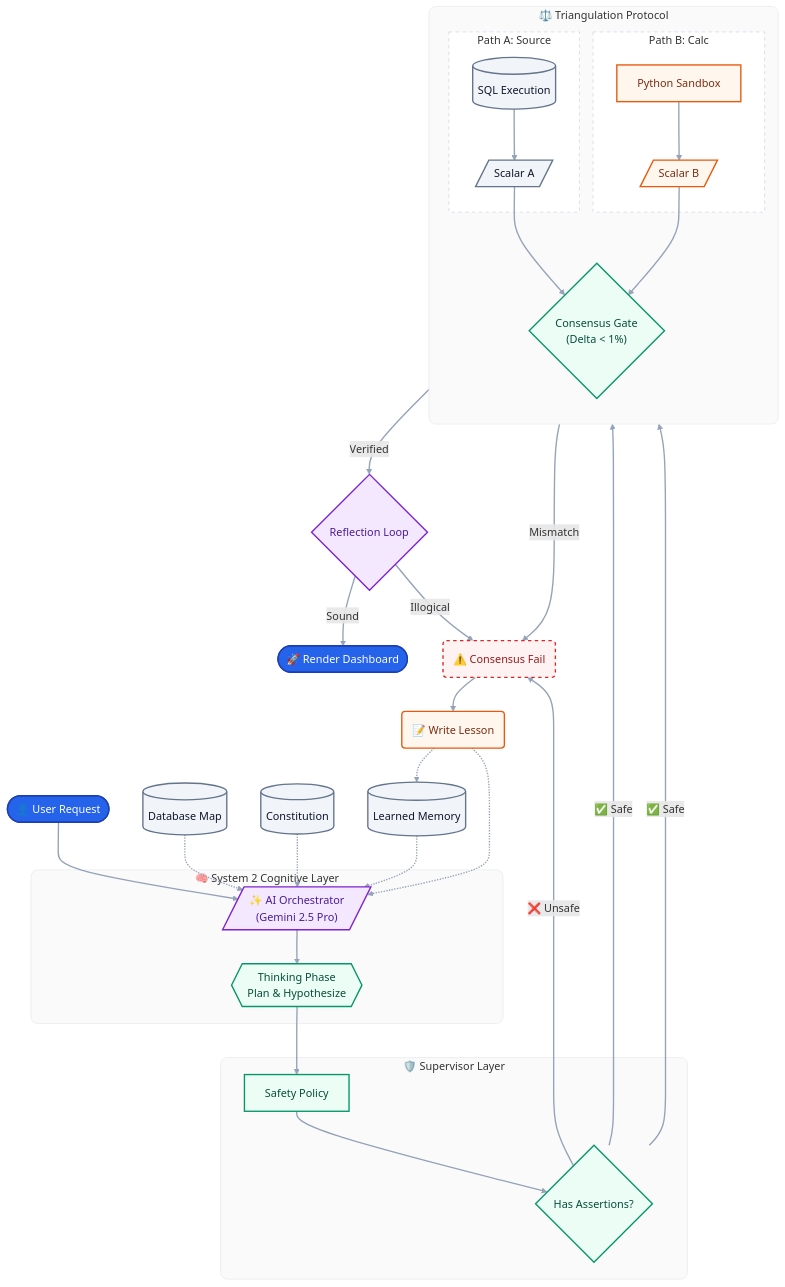
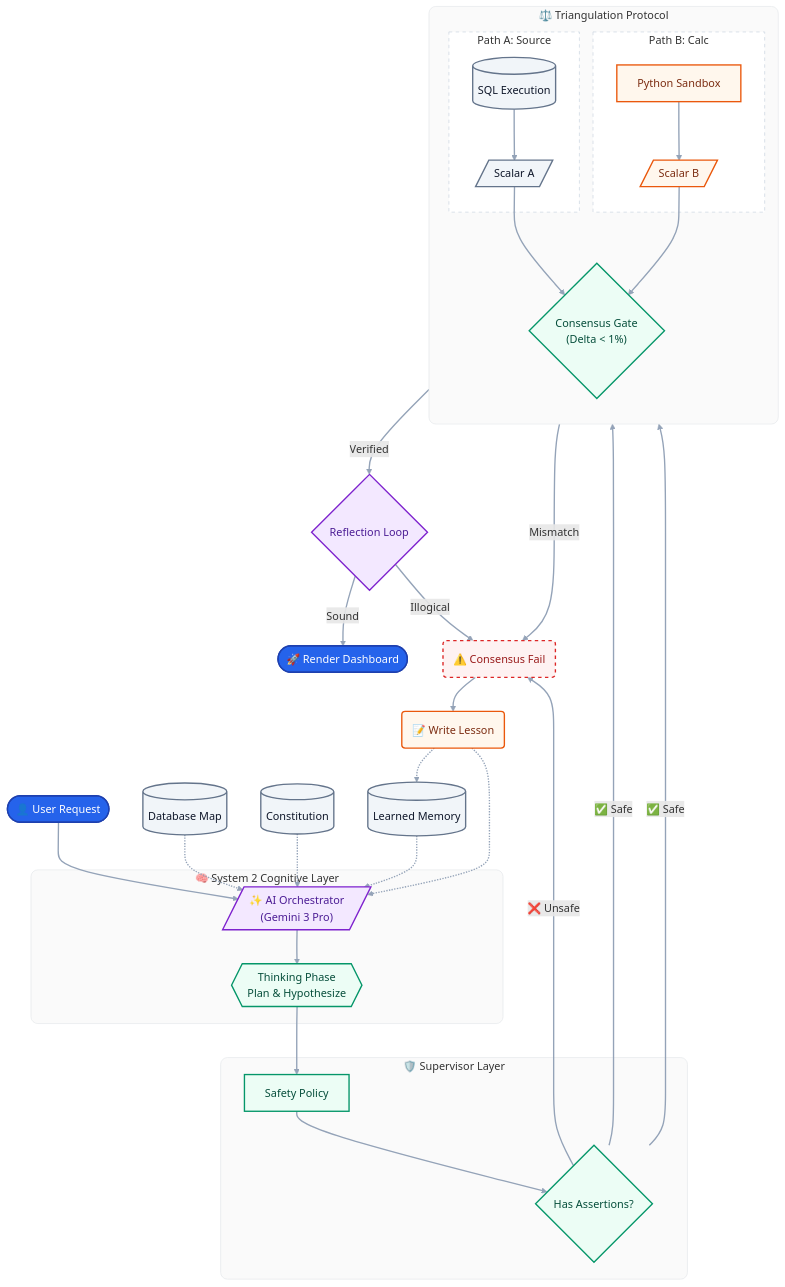
One commit to Dominien/agentic-orchestration-layer-model changed the second of 2 diagrams in README.md. Above: the diagram before and after it, drawn with Mermaid. The commit also changed other lines of this file and 7 other files, not shown here.

```diff
--- a/README.md
+++ b/README.md
@@ -301,7 +293,7 @@
 
     %% --- MIDDLE LAYER: PROCESSING ---
     subgraph Cognitive ["🧠 System 2 Cognitive Layer"]
-        Orchestrator[/"✨ AI Orchestrator<br/>(Gemini 2.5 Pro)"/]:::ai
+        Orchestrator[/"✨ AI Orchestrator<br/>(Gemini 3 Pro)"/]:::ai
         Thinking{{"Thinking Phase<br/>Plan & Hypothesize"}}:::logic
     end
 
```
